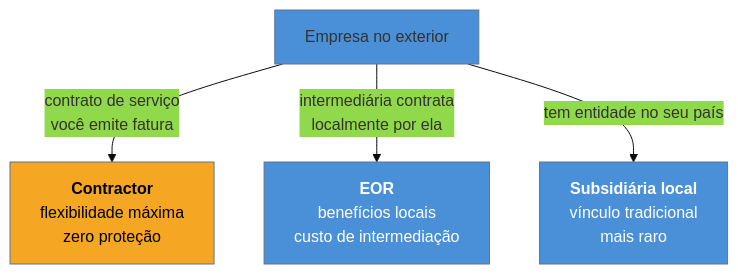
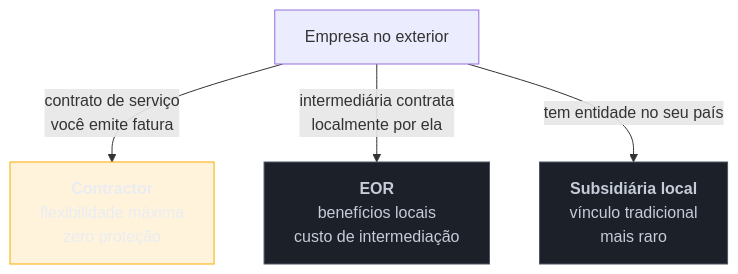
One commit to josenaldo/codex-technomanticus changed the diagram in 03-Dominios/Carreira/Entrevistas/04 - Contratação remota internacional.md. Above: the diagram before and after it, drawn with Mermaid. The commit also changed 1181 other files, not shown here.

First line of the commit message:
fix(diagramas): paleta do sistema no lugar de cor cravada no markdown

````diff
--- a/03-Dominios/Carreira/Entrevistas/04 - Contratação remota internacional.md
+++ b/03-Dominios/Carreira/Entrevistas/04 - Contratação remota internacional.md
@@ -42,11 +42,12 @@
 ```mermaid
-%%{init: {"theme": "base", "themeVariables": {"primaryColor": "#4A90D9"}}}%%
 graph TD
+    classDef destaque fill:#FFAA0024,stroke:#FFAA00,color:#E9ECF2
+    classDef neutro fill:#1B2029,stroke:#4E5666,color:#C6CCD8
     E["Empresa no exterior"] -->|"contrato de serviço<br/>você emite fatura"| C["<b>Contractor</b><br/>flexibilidade máxima<br/>zero proteção"]
     E -->|"intermediária contrata<br/>localmente por ela"| O["<b>EOR</b><br/>benefícios locais<br/>custo de intermediação"]
     E -->|"tem entidade no seu país"| S["<b>Subsidiária local</b><br/>vínculo tradicional<br/>mais raro"]
 
-    style C fill:#F5A623,color:#000
-    style O fill:#4A90D9,color:#fff
-    style S fill:#4A90D9,color:#fff
+    class C destaque
+    class O neutro
+    class S neutro
 ```
````
